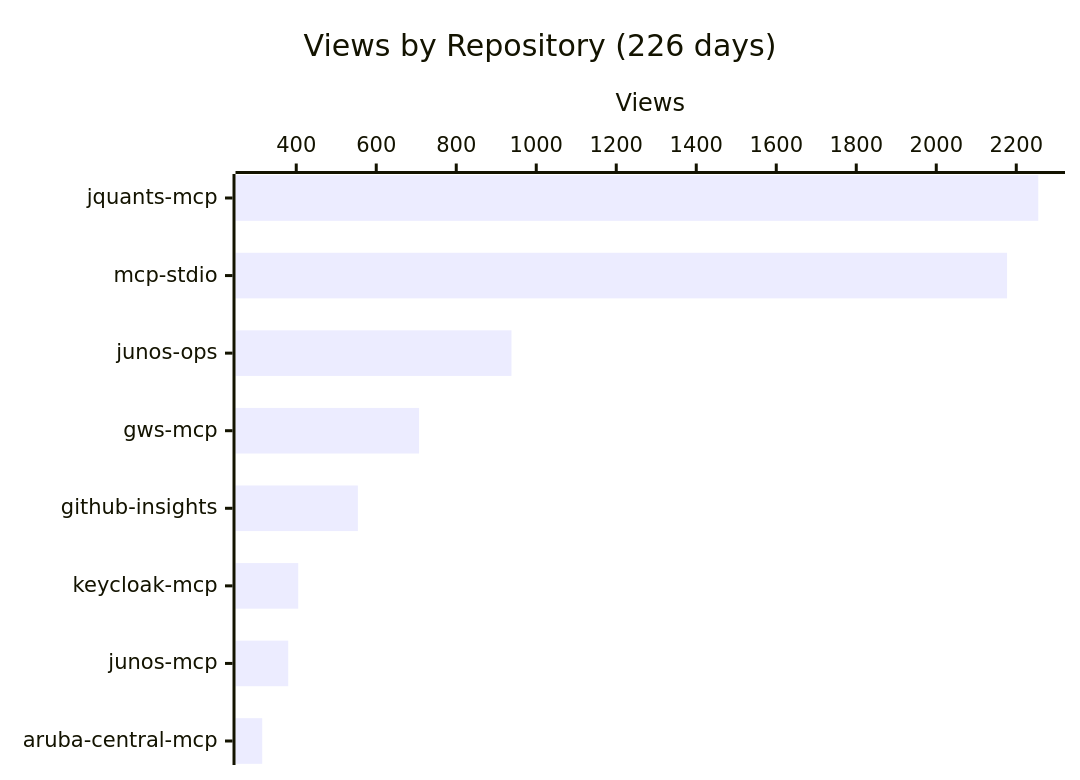
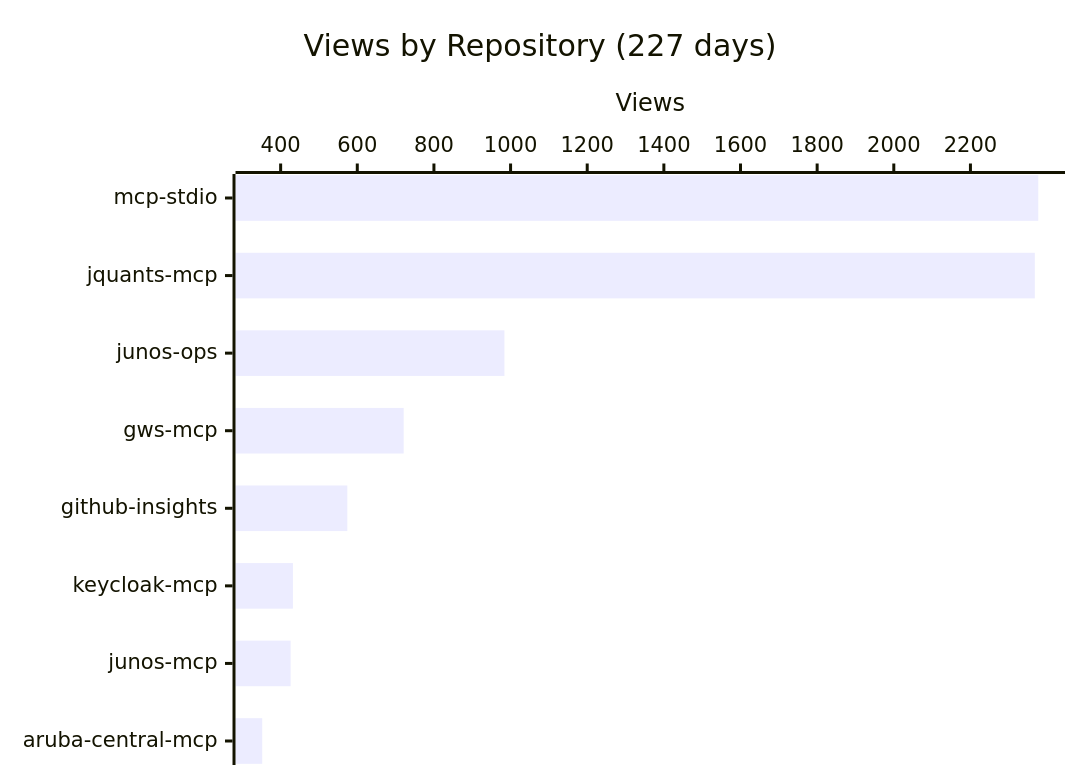
The first of 4 diagrams in README.md (shigechika/github-insights), drawn with Mermaid before and after one commit. The commit also changed other lines of this file and 1 other file, not shown here.

````diff
--- a/README.md
+++ b/README.md
@@ -18,7 +18,7 @@
 ```mermaid
 xychart-beta horizontal
-    title "Views by Repository (226 days)"
-    x-axis ["jquants-mcp", "mcp-stdio", "junos-ops", "gws-mcp", "github-insights", "keycloak-mcp", "junos-mcp", "aruba-central-mcp"]
+    title "Views by Repository (227 days)"
+    x-axis ["mcp-stdio", "jquants-mcp", "junos-ops", "gws-mcp", "github-insights", "keycloak-mcp", "junos-mcp", "aruba-central-mcp"]
     y-axis "Views"
-    bar [2255, 2177, 938, 707, 554, 405, 380, 315]
+    bar [2377, 2368, 984, 721, 574, 432, 426, 352]
 ```
````
